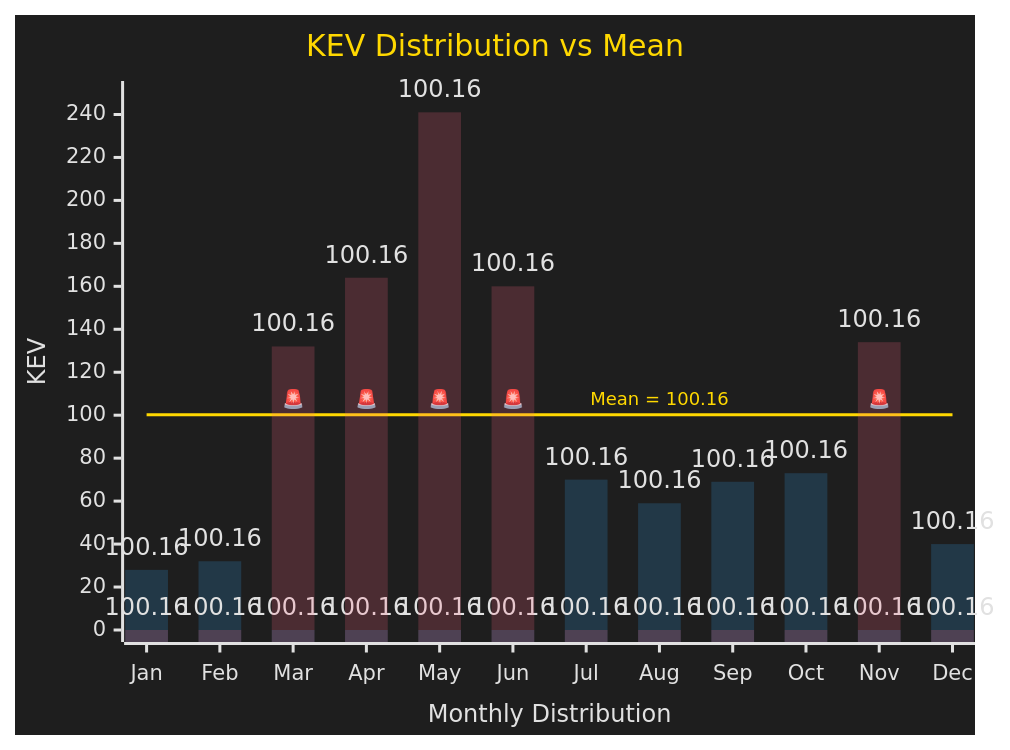
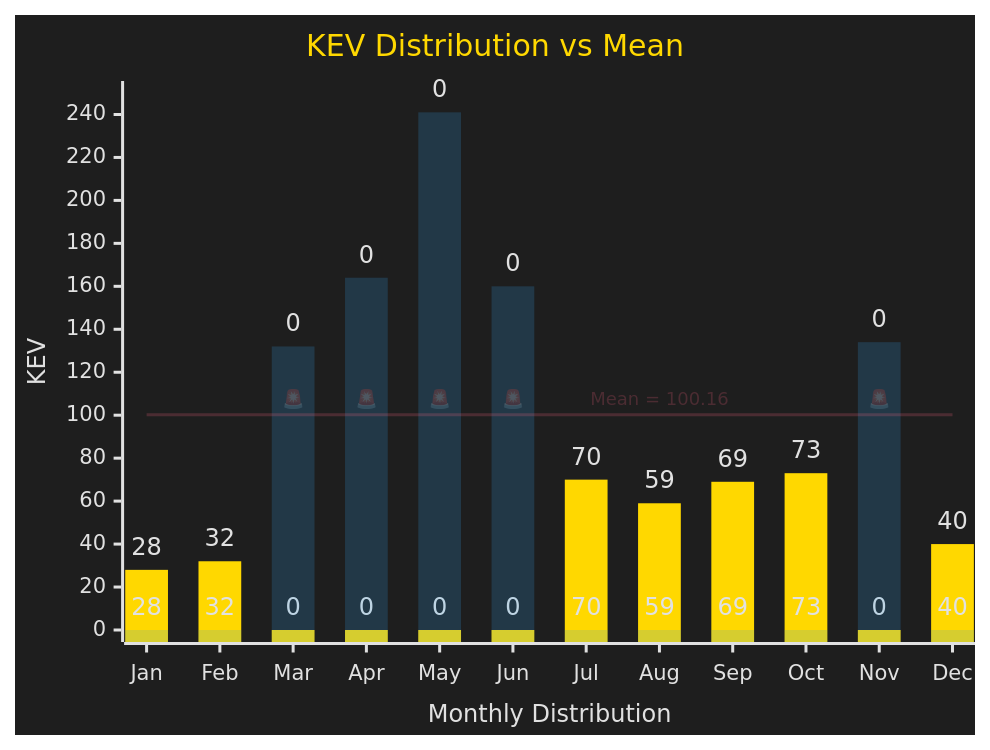
Before and after one commit to myseq/makeshift: the diagram in mdfiles/cisakev36m.md, drawn with Mermaid. The commit also changed other lines of this file, not shown here.

````diff
--- a/mdfiles/cisakev36m.md
+++ b/mdfiles/cisakev36m.md
@@ -3,35 +3,35 @@
 ```mermaid
 ---
 config:
     xyChart:
         width: 640
         height: 480
         showLegend: true
         showDataLabel: true
         showDataLabelOutsideBar: true
     themeVariables:
         xyChart:
             backgroundColor: "#1e1e1e"
             titleColor: "#ffd800"
             dataLabelColor: "#e1e1e1"
             xAxisLabelColor: "#e1e1e1"
             xAxisTitleColor: "#e1e1e1"
             xAxisTickColor: "#e1e1e1"
             xAxisLineColor: "#e1e1e1"
             yAxisLabelColor: "#e1e1e1"
             yAxisTitleColor: "#e1e1e1"
             yAxisTickColor: "#e1e1e1"
             yAxisLineColor: "#e1e1e1"
             plotColorPalette: '#ffd800, #36A2EB33, #FF638433'
 
 
 ---
 xychart
     title "KEV Distribution vs Mean"
     x-axis "Monthly Distribution" [Jan, Feb, Mar, Apr, May, Jun, Jul, Aug, Sep, Oct, Nov, Dec]
     y-axis "KEV"  0 --> 250
-    line "mean" [100.16, 100.16, 100.16 "🚨", 100.16 "🚨", 100.16 "🚨", 100.16 "🚨", 100.16, 100.16 "Mean = 100.16", 100.16, 100.16, 100.16 "🚨", 100.16]
     bar "below" [28, 32, 0, 0, 0, 0, 70, 59, 69, 73, 0, 40]
     bar "above" [ 0,  0, 132, 164, 241, 160, 0, 0, 0, 0, 134, 0]
+    line "mean" [100.16, 100.16, 100.16 "🚨", 100.16 "🚨", 100.16 "🚨", 100.16 "🚨", 100.16, 100.16 "Mean = 100.16", 100.16, 100.16, 100.16 "🚨", 100.16]
 
 ```
````
